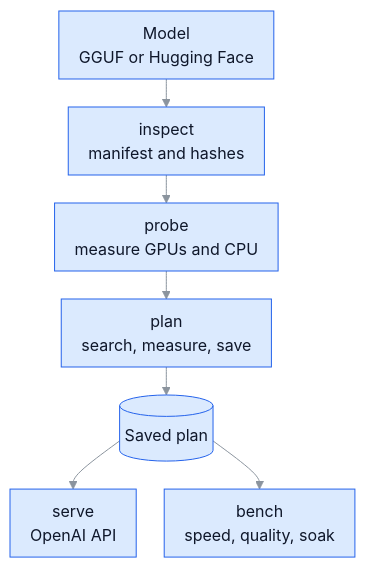
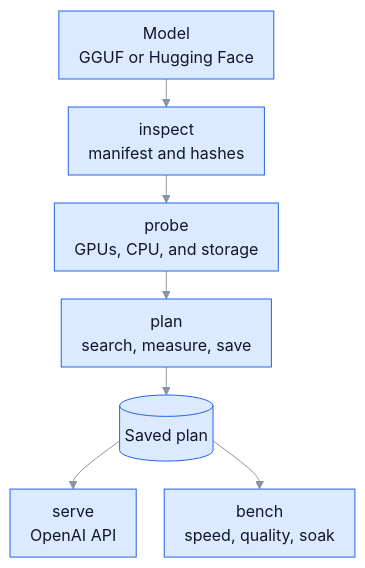
Before and after one commit to cyqlelabs/flux: the diagram in assets/pipeline.mmd, drawn with Mermaid. The commit also changed 1 other file, not shown here.

Commit message:
README diagram: probe measures GPUs, CPU, and storage

```diff
--- a/assets/pipeline.mmd
+++ b/assets/pipeline.mmd
@@ -1,8 +1,8 @@
 %%{init: {"theme": "base", "themeVariables": {"primaryColor": "#dbeafe", "primaryTextColor": "#0f172a", "primaryBorderColor": "#2563eb", "textColor": "#0f172a", "lineColor": "#8b949e", "edgeLabelBackground": "#dbeafe"}, "flowchart": {"rankSpacing": 28, "nodeSpacing": 28, "padding": 10}}}%%
 flowchart TD
     M["Model<br/>GGUF or Hugging Face"] --> I["inspect<br/>manifest and hashes"]
-    I --> P["probe<br/>measure GPUs and CPU"]
+    I --> P["probe<br/>GPUs, CPU, and storage"]
     P --> PL["plan<br/>search, measure, save"]
     PL --> S[("Saved plan")]
     S --> SV["serve<br/>OpenAI API"]
     S --> B["bench<br/>speed, quality, soak"]
```
